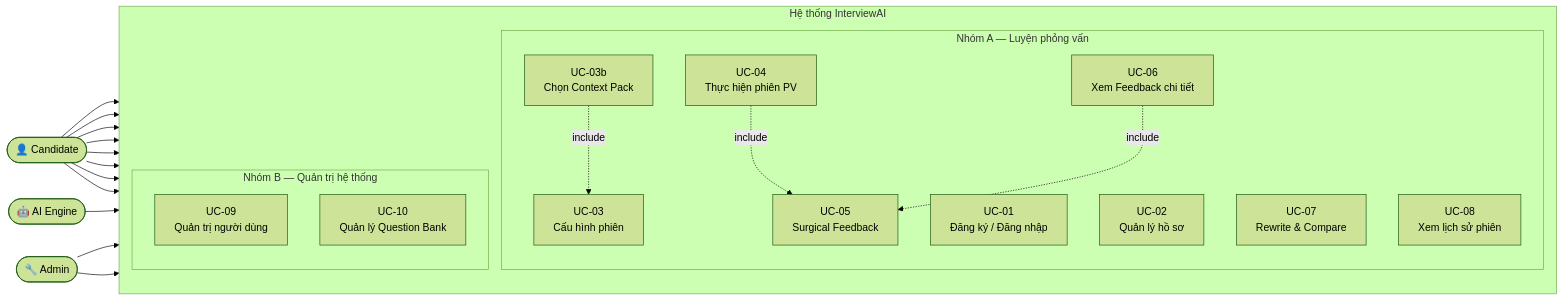
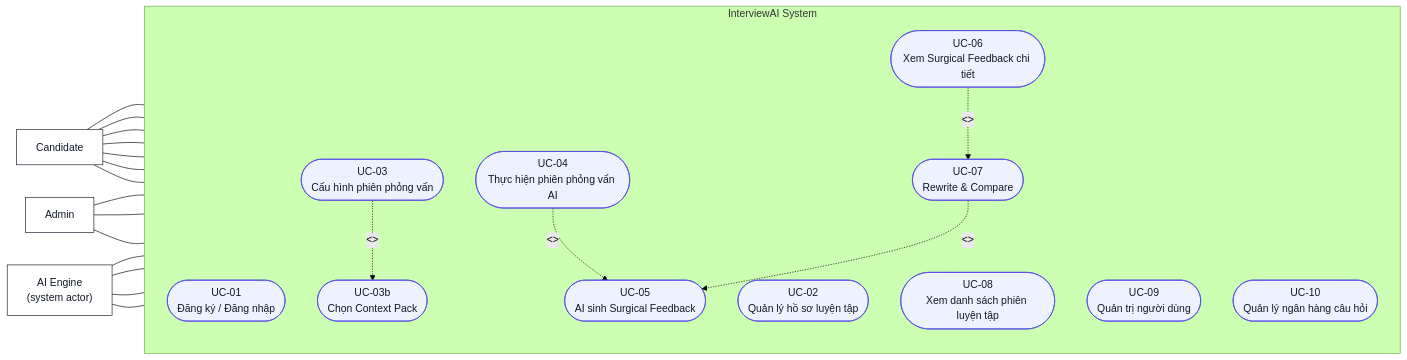
One commit to lethanhan01/interview-coach changed the first of 5 diagrams in docs/SRS/SRS_InterviewAI_Full.md. Above: the diagram before and after it, drawn with Mermaid (forest theme). The commit also changed other lines of this file and 1 other file, not shown here.

````diff
--- a/docs/SRS/SRS_InterviewAI_Full.md
+++ b/docs/SRS/SRS_InterviewAI_Full.md
@@ -389,45 +279,47 @@
 ```mermaid
 flowchart LR
-    Candidate(["👤 Candidate"])
-    Admin(["🔧 Admin"])
-    AIEngine(["🤖 AI Engine"])
+    classDef actor fill:#ffffff,stroke:#111827,color:#111827
+    classDef usecase fill:#eef2ff,stroke:#4f46e5,color:#111827
+    classDef system fill:#f8fafc,stroke:#64748b,color:#111827
 
-    subgraph SYS ["Hệ thống InterviewAI"]
+    Candidate["Candidate"]:::actor
+    Admin["Admin"]:::actor
+    AI["AI Engine\n(system actor)"]:::actor
+
+    subgraph SYS["InterviewAI System"]
         direction TB
-
-        subgraph GRP_A ["Nhóm A — Luyện phỏng vấn"]
-            UC01["UC-01\nĐăng ký / Đăng nhập"]
-            UC02["UC-02\nQuản lý hồ sơ"]
-            UC03["UC-03\nCấu hình phiên"]
-            UC03b["UC-03b\nChọn Context Pack"]
-            UC04["UC-04\nThực hiện phiên PV"]
-            UC05["UC-05\nSurgical Feedback"]
-            UC06["UC-06\nXem Feedback chi tiết"]
-            UC07["UC-07\nRewrite & Compare"]
-            UC08["UC-08\nXem lịch sử phiên"]
-        end
-
-        subgraph GRP_B ["Nhóm B — Quản trị hệ thống"]
-            UC09["UC-09\nQuản trị người dùng"]
-            UC10["UC-10\nQuản lý Question Bank"]
-        end
+        UC01(["UC-01\nĐăng ký / Đăng nhập"]):::usecase
+        UC02(["UC-02\nQuản lý hồ sơ luyện tập"]):::usecase
+        UC03(["UC-03\nCấu hình phiên phỏng vấn"]):::usecase
+        UC03b(["UC-03b\nChọn Context Pack"]):::usecase
+        UC04(["UC-04\nThực hiện phiên phỏng vấn AI"]):::usecase
+        UC05(["UC-05\nAI sinh Surgical Feedback"]):::usecase
+        UC06(["UC-06\nXem Surgical Feedback chi tiết"]):::usecase
+        UC07(["UC-07\nRewrite & Compare"]):::usecase
+        UC08(["UC-08\nXem danh sách phiên luyện tập"]):::usecase
+        UC09(["UC-09\nQuản trị người dùng"]):::usecase
+        UC10(["UC-10\nQuản lý ngân hàng câu hỏi"]):::usecase
     end
 
-    Candidate --> UC01
-    Candidate --> UC02
-    Candidate --> UC03
-    Candidate --> UC03b
-    Candidate --> UC04
-    Candidate --> UC06
-    Candidate --> UC07
-    Candidate --> UC08
+    Candidate --- UC01
+    Candidate --- UC02
+    Candidate --- UC03
+    Candidate --- UC04
+    Candidate --- UC06
+    Candidate --- UC07
+    Candidate --- UC08
 
-    UC03b -.->|include| UC03
-    UC04 -.->|include| UC05
-    UC06 -.->|include| UC05
+    Admin --- UC01
+    Admin --- UC09
+    Admin --- UC10
 
-    AIEngine --> UC04
+    AI --- UC03
+    AI --- UC04
+    AI --- UC05
+    AI --- UC07
 
-    Admin --> UC09
-    Admin --> UC10
+    UC03 -. "<<include>>" .-> UC03b
+    UC04 -. "<<include>>" .-> UC05
+    UC07 -. "<<include>>" .-> UC05
+    UC06 -. "<<extend>>" .-> UC07
 ```
````
